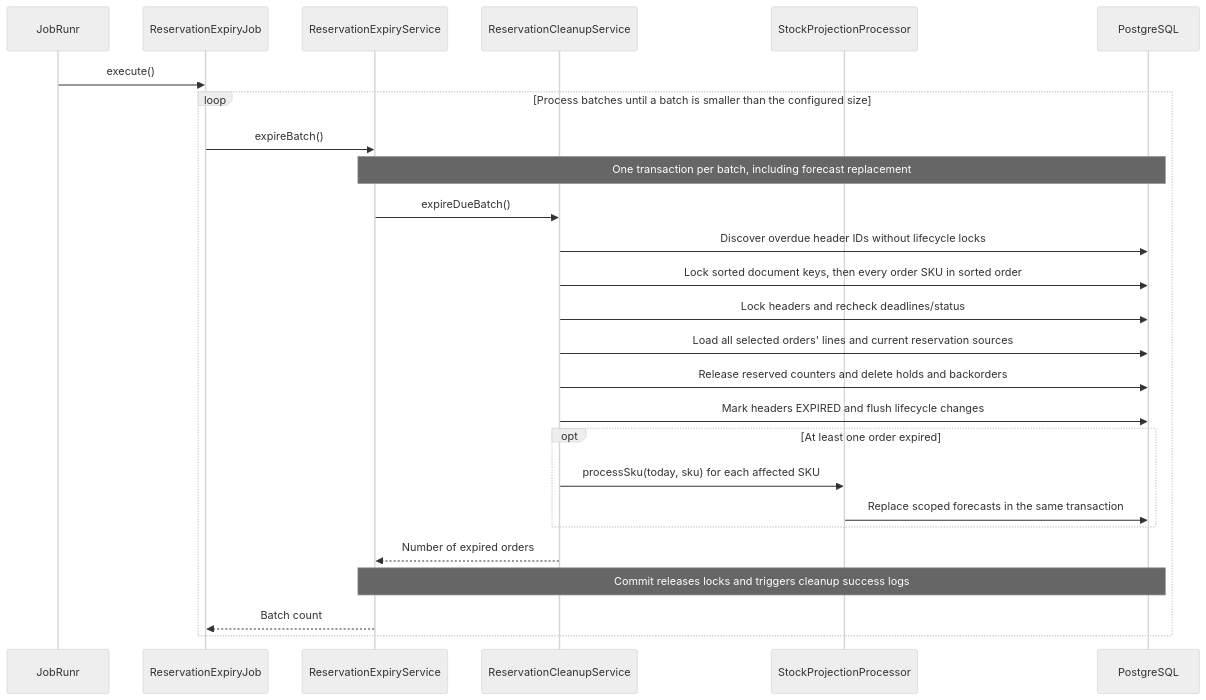
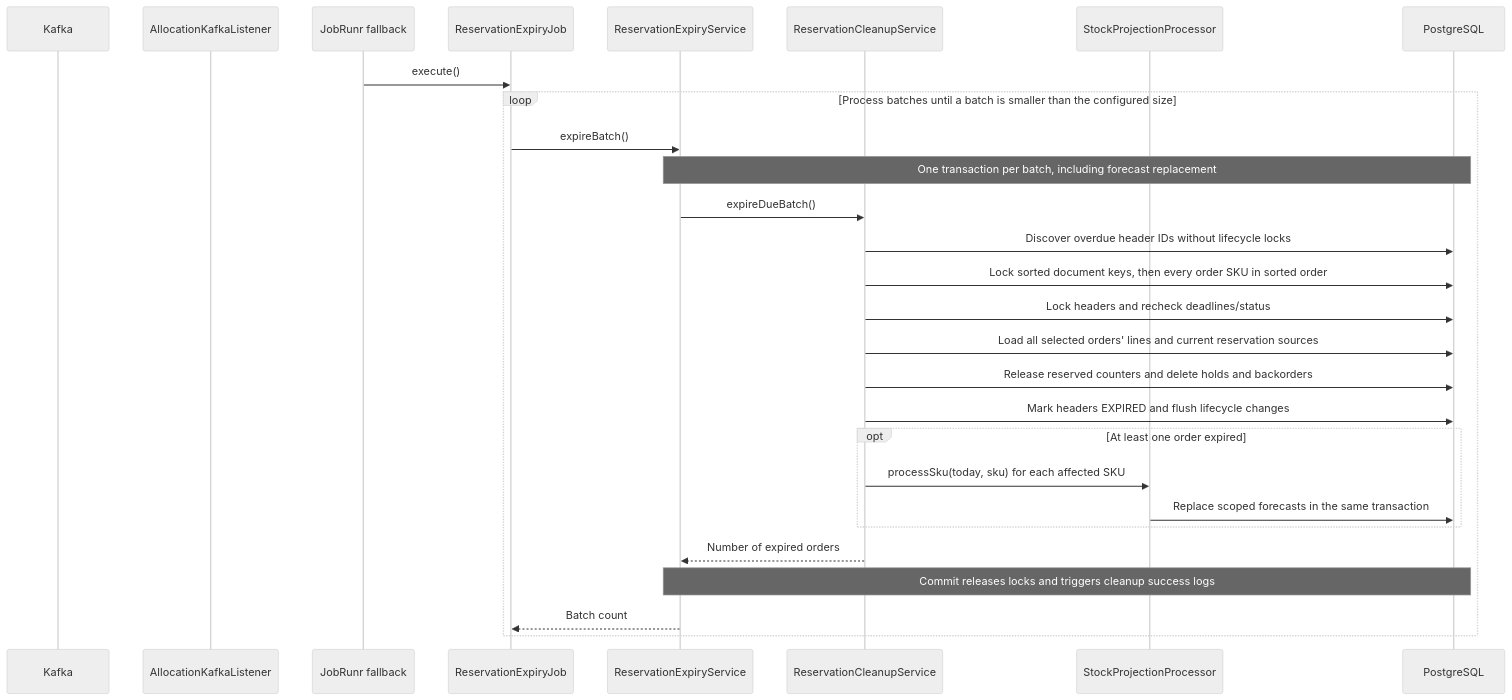
One commit to vriesjo/stockio changed the seventh of 16 diagrams in .github/memory/architecture.md. Above: the diagram before and after it, drawn with Mermaid (neutral theme). The commit also changed other lines of this file and 83 other files, not shown here.

````diff
--- a/.github/memory/architecture.md
+++ b/.github/memory/architecture.md
@@ -719,29 +725,31 @@
 ```mermaid
 sequenceDiagram
-    participant Runtime as JobRunr
+    participant Kafka
+    participant KafkaConsumer as AllocationKafkaListener
+    participant Runtime as JobRunr fallback
     participant Job as ReservationExpiryJob
     participant Service as ReservationExpiryService
     participant Cleanup as ReservationCleanupService
     participant Projection as StockProjectionProcessor
     participant DB as PostgreSQL
 
     Runtime->>Job: execute()
     loop Process batches until a batch is smaller than the configured size
         Job->>Service: expireBatch()
         Note over Service,DB: One transaction per batch, including forecast replacement
         Service->>Cleanup: expireDueBatch()
         Cleanup->>DB: Discover overdue header IDs without lifecycle locks
         Cleanup->>DB: Lock sorted document keys, then every order SKU in sorted order
         Cleanup->>DB: Lock headers and recheck deadlines/status
         Cleanup->>DB: Load all selected orders' lines and current reservation sources
         Cleanup->>DB: Release reserved counters and delete holds and backorders
         Cleanup->>DB: Mark headers EXPIRED and flush lifecycle changes
         opt At least one order expired
             Cleanup->>Projection: processSku(today, sku) for each affected SKU
             Projection->>DB: Replace scoped forecasts in the same transaction
         end
         Cleanup-->>Service: Number of expired orders
         Note over Service,DB: Commit releases locks and triggers cleanup success logs
         Service-->>Job: Batch count
     end
 ```
````
